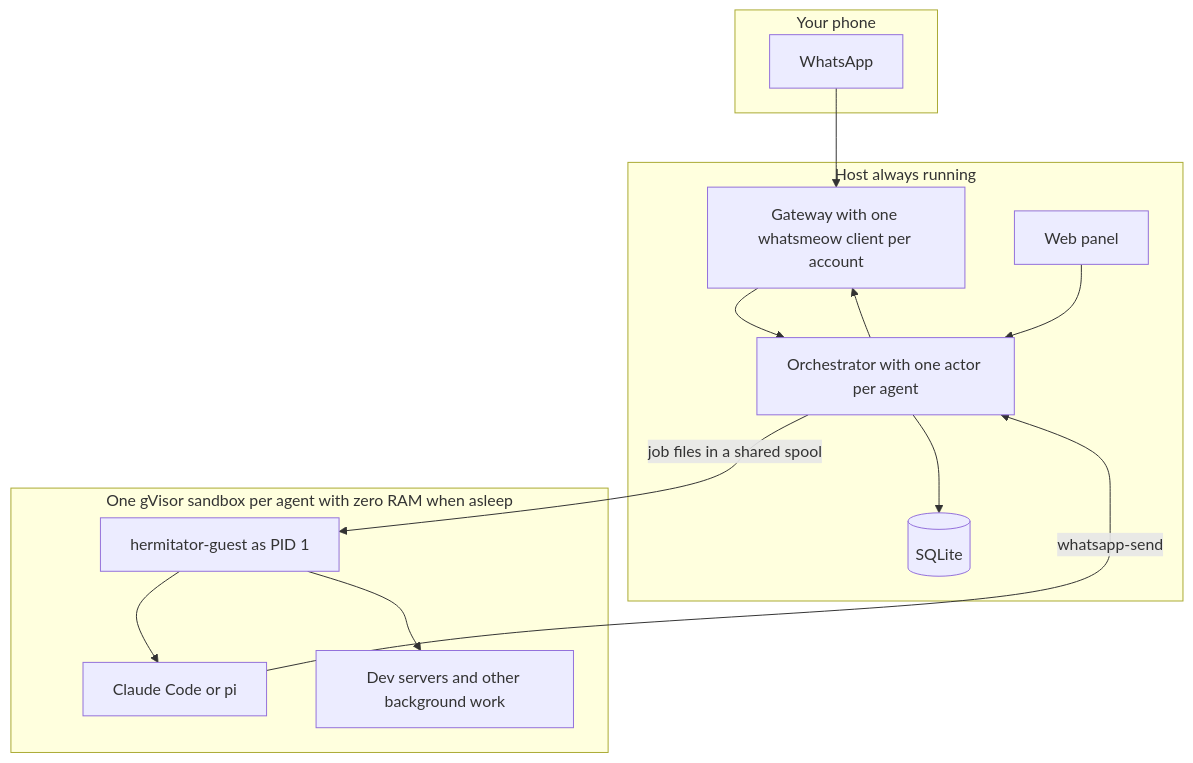
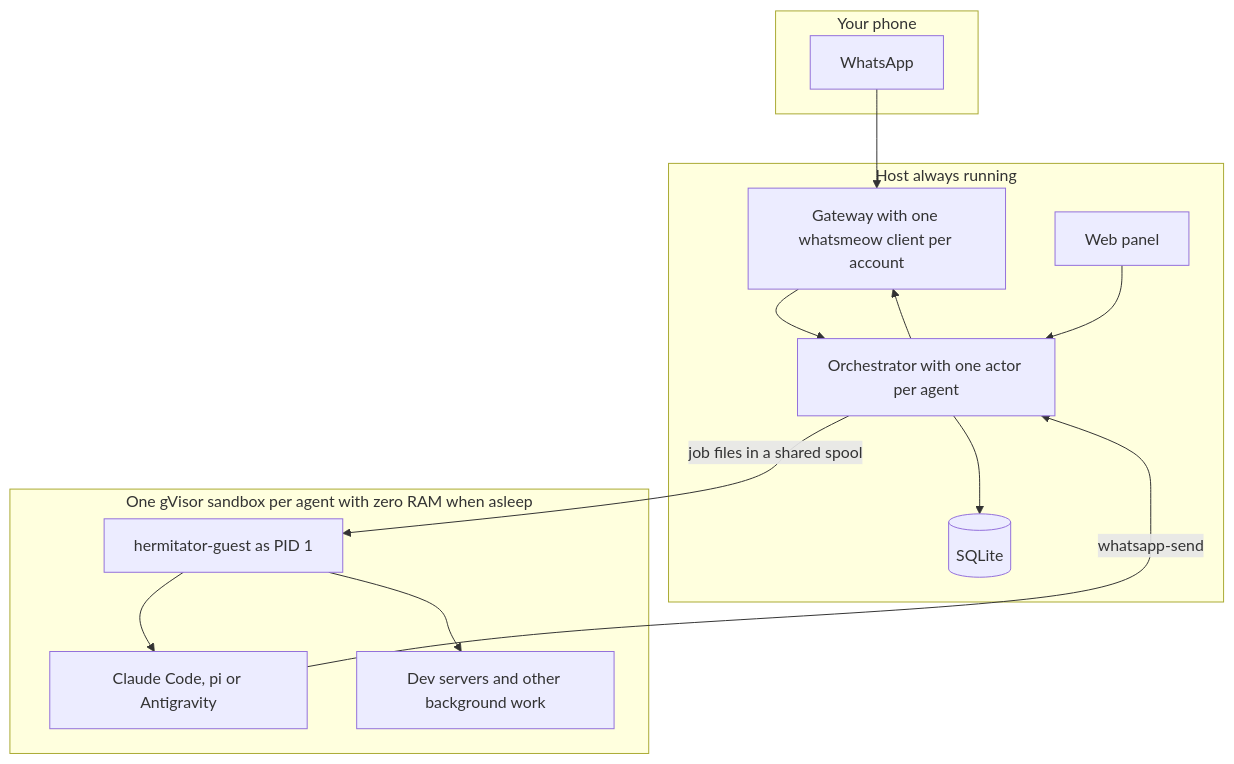
Before and after one commit to rahimnathwani/hermitator: the diagram in README.md, drawn with Mermaid. The commit also changed other lines of this file and 34 other files, not shown here.

````diff
--- a/README.md
+++ b/README.md
@@ -117,26 +117,26 @@
 ```mermaid
 graph TB
   subgraph phone [Your phone]
     WA[WhatsApp]
   end
   subgraph host [Host always running]
     GW[Gateway with one whatsmeow client per account]
     OR[Orchestrator with one actor per agent]
     WEB[Web panel]
     DB[(SQLite)]
   end
   subgraph sandbox [One gVisor sandbox per agent with zero RAM when asleep]
     INIT[hermitator-guest as PID 1]
-    H[Claude Code or pi]
+    H[Claude Code, pi or Antigravity]
     BG[Dev servers and other background work]
   end
   WA --> GW
   GW --> OR
   OR -->|job files in a shared spool| INIT
   INIT --> H
   INIT --> BG
   H -->|whatsapp-send| OR
   OR --> GW
   WEB --> OR
   OR --> DB
 ```
````
